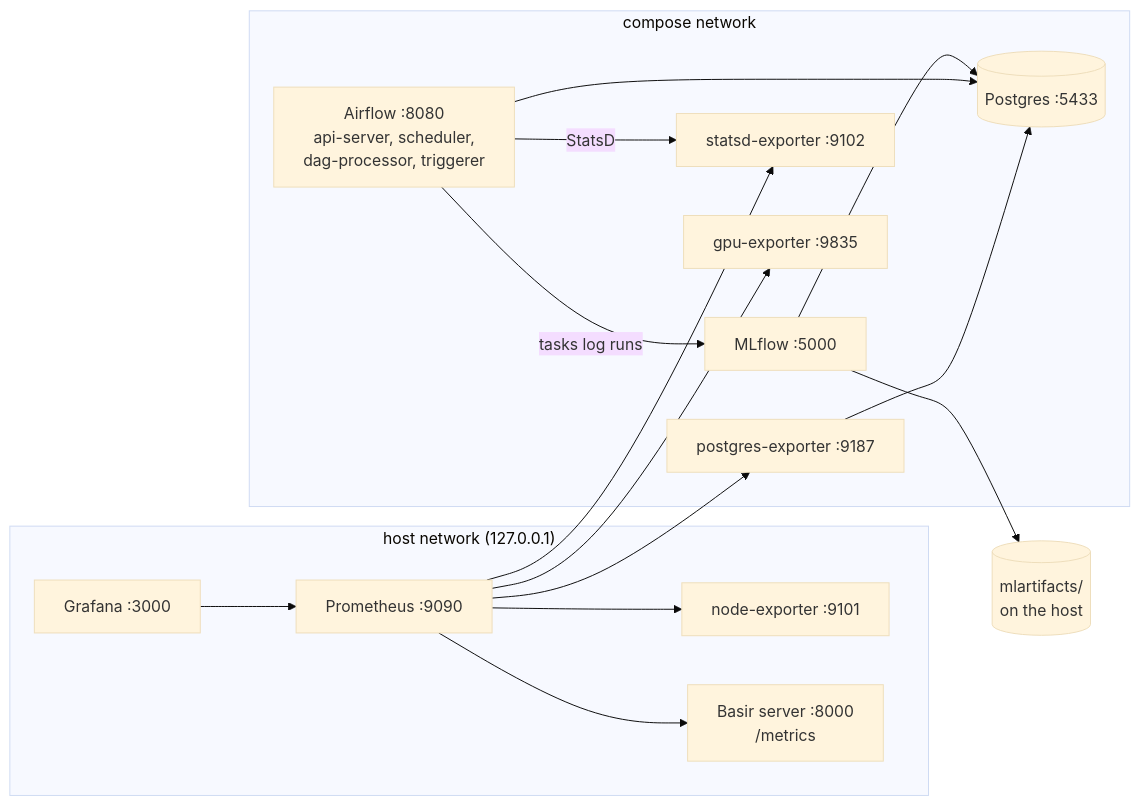
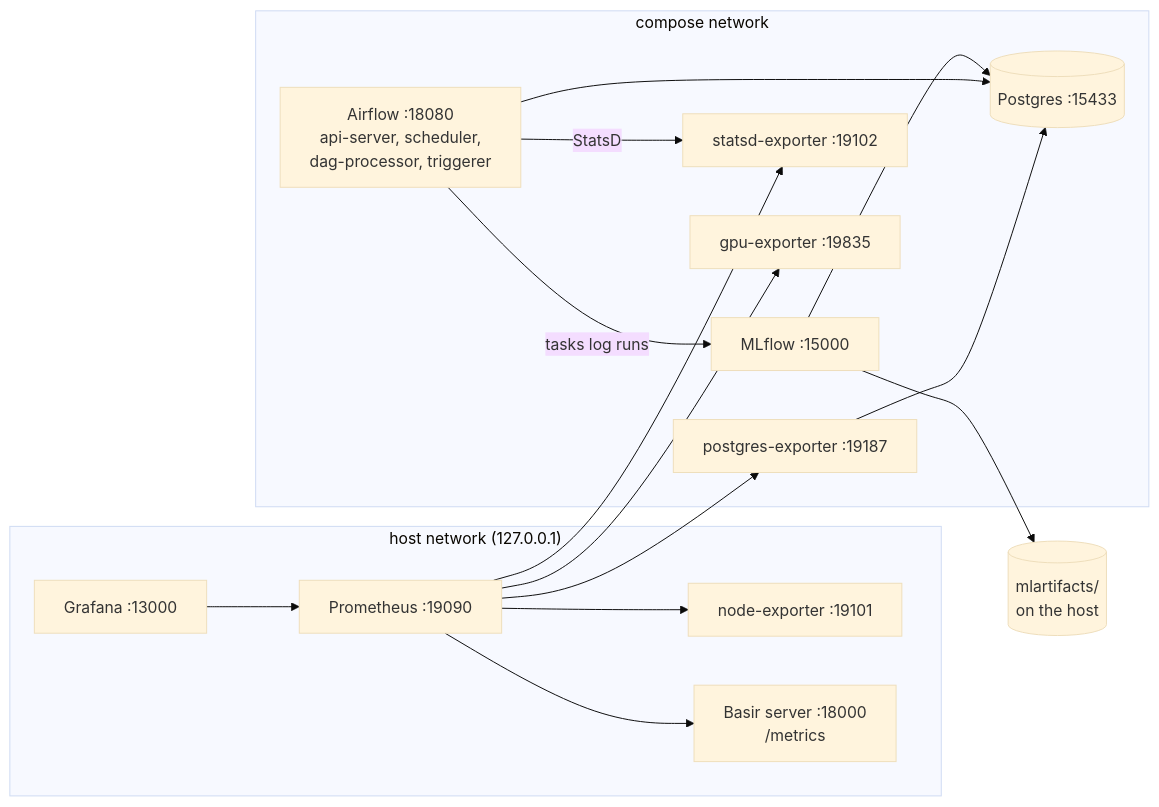
The diagram in docs/08-local-stack.md (omarTBakr/Basir), drawn with Mermaid (base theme) before and after one commit. The commit also changed other lines of this file and 52 other files, not shown here.

````diff
--- a/docs/08-local-stack.md
+++ b/docs/08-local-stack.md
@@ -75,25 +75,25 @@
 ```mermaid
 flowchart LR
   subgraph host["host network (127.0.0.1)"]
-    prom[Prometheus :9090]
-    graf[Grafana :3000]
-    node[node-exporter :9101]
-    app["Basir server :8000<br/>/metrics"]
+    prom[Prometheus :19090]
+    graf[Grafana :13000]
+    node[node-exporter :19101]
+    app["Basir server :18000<br/>/metrics"]
   end
   subgraph compose["compose network"]
-    pg[(Postgres :5433)]
-    mlf[MLflow :5000]
-    af["Airflow :8080<br/>api-server, scheduler,<br/>dag-processor, triggerer"]
-    sx[statsd-exporter :9102]
-    gpu[gpu-exporter :9835]
-    pge[postgres-exporter :9187]
+    pg[(Postgres :15433)]
+    mlf[MLflow :15000]
+    af["Airflow :18080<br/>api-server, scheduler,<br/>dag-processor, triggerer"]
+    sx[statsd-exporter :19102]
+    gpu[gpu-exporter :19835]
+    pge[postgres-exporter :19187]
   end
   mlf --> pg
   af --> pg
   af -- "tasks log runs" --> mlf
   af -- StatsD --> sx
   pge --> pg
   mlf --> art[("mlartifacts/<br/>on the host")]
   prom --> node & gpu & pge & sx & app
   graf --> prom
 ```
````
